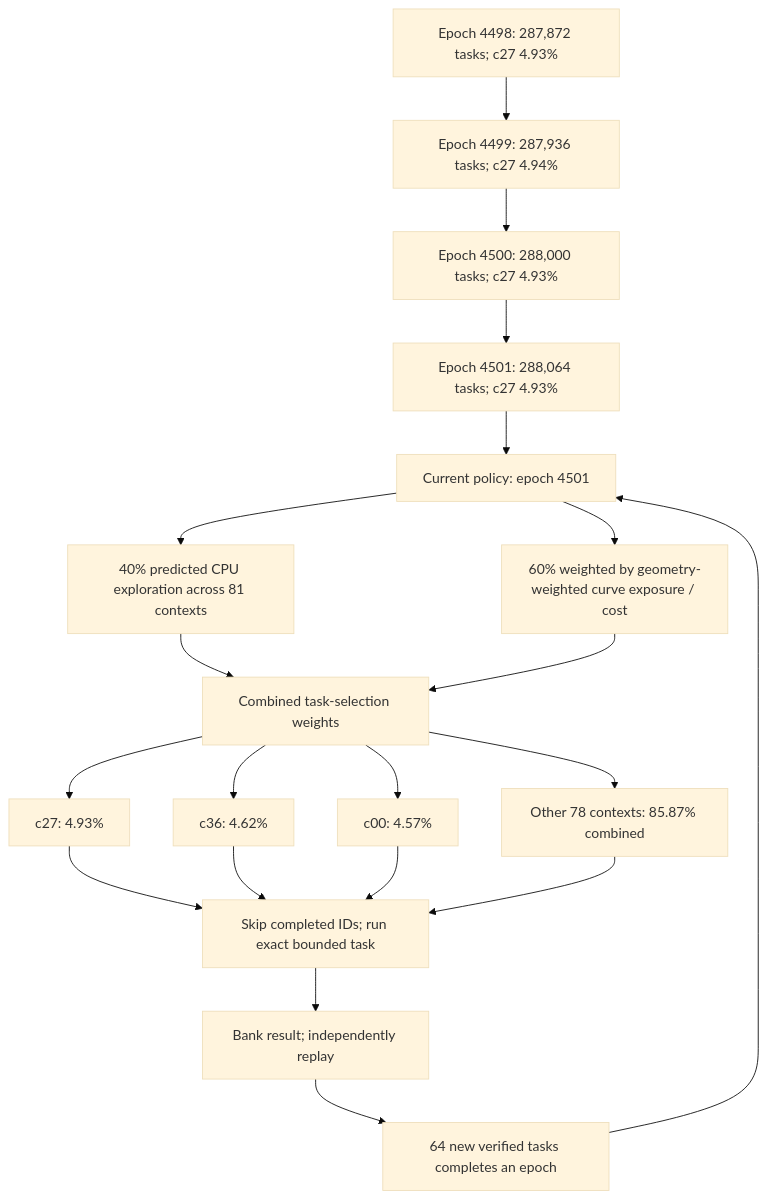
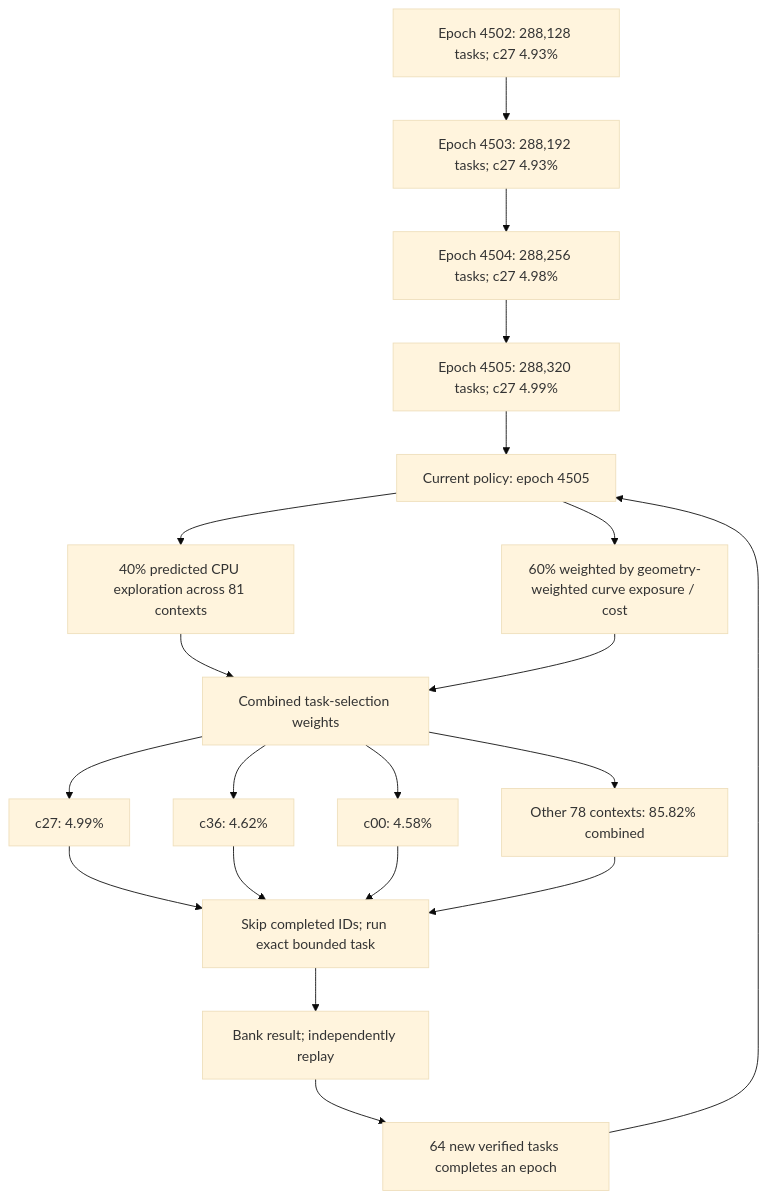
The first of 3 diagrams in README.md (Kuberwastaken/math-gambling), drawn with Mermaid (base theme) before and after one commit. The commit also changed other lines of this file and 2640 other files, not shown here.

````diff
--- a/README.md
+++ b/README.md
@@ -60,27 +60,27 @@
 ```mermaid
 flowchart TD
-    H0["Epoch 4498: 287,872 tasks; c27 4.93%"]
-    H1["Epoch 4499: 287,936 tasks; c27 4.94%"]
+    H0["Epoch 4502: 288,128 tasks; c27 4.93%"]
+    H1["Epoch 4503: 288,192 tasks; c27 4.93%"]
     H0 --> H1
-    H2["Epoch 4500: 288,000 tasks; c27 4.93%"]
+    H2["Epoch 4504: 288,256 tasks; c27 4.98%"]
     H1 --> H2
-    H3["Epoch 4501: 288,064 tasks; c27 4.93%"]
+    H3["Epoch 4505: 288,320 tasks; c27 4.99%"]
     H2 --> H3
-    Policy["Current policy: epoch 4501"]
+    Policy["Current policy: epoch 4505"]
     H3 --> Policy
     Policy --> Explore["40% predicted CPU exploration across 81 contexts"]
     Policy --> Cost["60% weighted by geometry-weighted curve exposure / cost"]
     Explore --> Mix["Combined task-selection weights"]
     Cost --> Mix
-    Mix --> C0["c27: 4.93%"]
+    Mix --> C0["c27: 4.99%"]
     Mix --> C1["c36: 4.62%"]
-    Mix --> C2["c00: 4.57%"]
-    Mix --> Rest["Other 78 contexts: 85.87% combined"]
+    Mix --> C2["c00: 4.58%"]
+    Mix --> Rest["Other 78 contexts: 85.82% combined"]
     C0 --> Check["Skip completed IDs; run exact bounded task"]
     C1 --> Check
     C2 --> Check
     Rest --> Check
     Check --> Replay["Bank result; independently replay"]
     Replay --> Gate["64 new verified tasks completes an epoch"]
     Gate --> Policy
 ```
````
